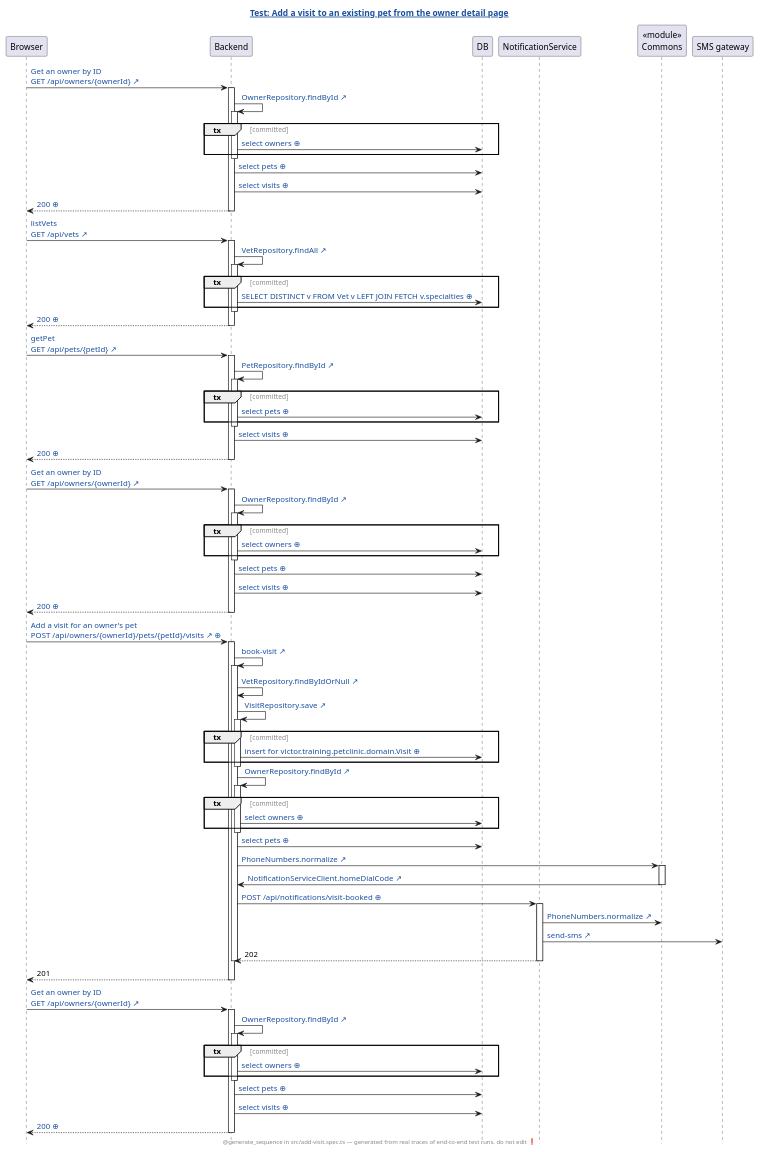
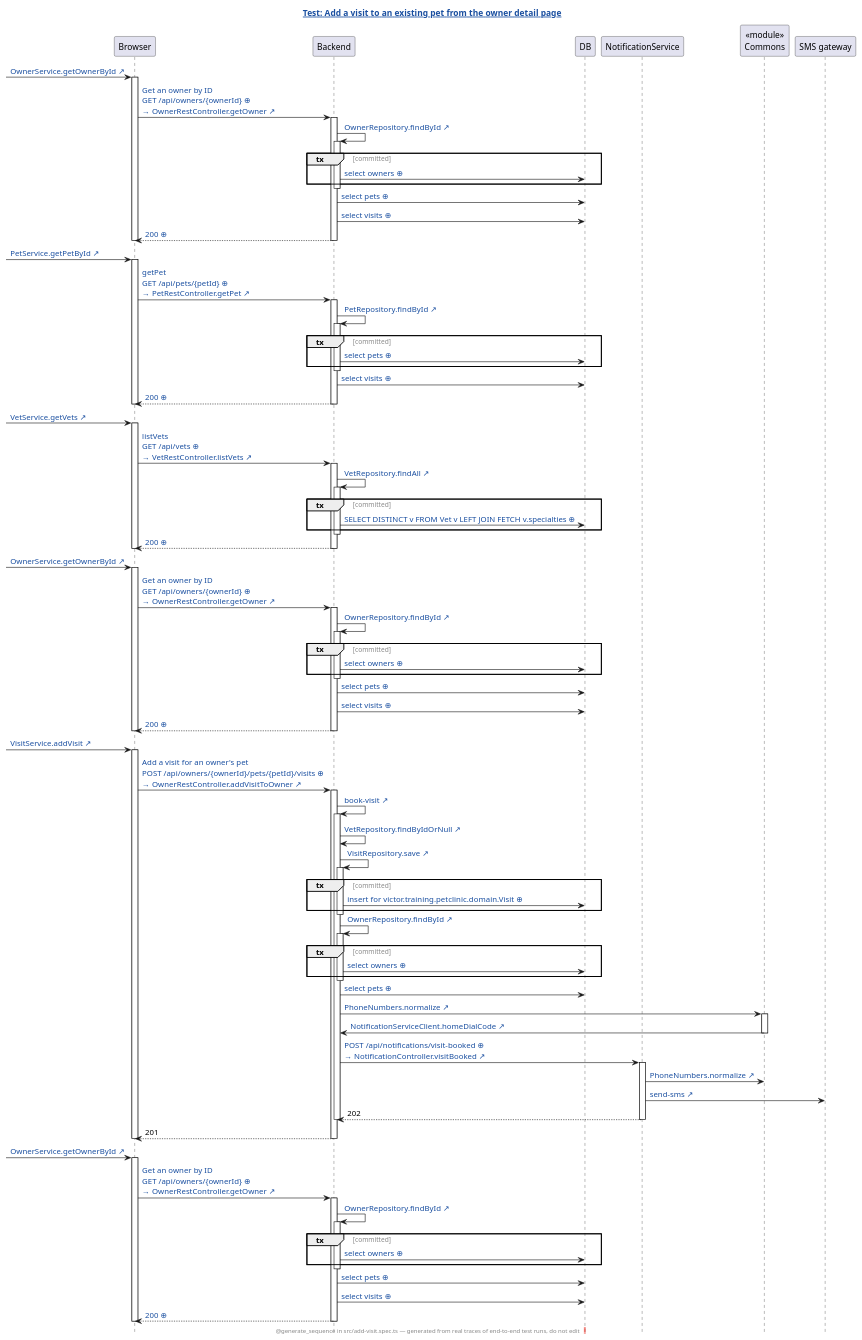
The diagram in petclinic-test/generated/add-visit.spec.ts.add-a-visit-to-an-existing-pet-from-the-owner-detail-page.genseq.puml (victorrentea/petclinic), drawn with PlantUML before and after one commit. The commit also changed 3 other files, not shown here.

First line of the commit message:
Regenerate the browser sequence diagrams: the Angular method a request starts in, the request as sent, its controller on a third line

```diff
--- a/petclinic-test/generated/add-visit.spec.ts.add-a-visit-to-an-existing-pet-from-the-owner-detail-page.genseq.puml
+++ b/petclinic-test/generated/add-visit.spec.ts.add-a-visit-to-an-existing-pet-from-the-owner-detail-page.genseq.puml
@@ -1,104 +1,122 @@
 @startuml
 ' ⚠️  GENERATED FILE — DO NOT EDIT. Every edit is lost on the next run.
 hide footbox
 skinparam hyperlinkUnderline false
 skinparam hyperlinkColor #1A4FA0
 skinparam sequenceGroupFontColor #888888
 skinparam sequenceGroupFontStyle plain
 title [[src://petclinic-test/src/add-visit.spec.ts:34{Click to open the test} Test: Add a visit to an existing pet from the owner detail page]]
 footer @generate_sequence in src/add-visit.spec.ts — generated from real traces of end-to-end test runs, do not edit ❗
 participant Browser
 participant Backend
 participant DB
 participant NotificationService
 participant "«module»\nCommons" as Commons
 participant "SMS gateway"
-Browser -> Backend: [[src://petclinic-frontend/src/app/owners/owner-detail/owner-detail.component.ts:22{Click to open the line that sent this request: owner-detail.component.ts:22} Get an owner by ID\nGET /api/owners/{ownerId} ↗]]
+[-> Browser: [[src://petclinic-frontend/src/app/owners/owner-detail/owner-detail.component.ts:22{Click to open the line that sent this request: owner-detail.component.ts:22} OwnerService.getOwnerById ↗]]
+activate Browser
+Browser -> Backend: [[genseq://18jo62a{Click for the request as it was sent} Get an owner by ID\nGET /api/owners/{ownerId} ⊕]]\n[[src://petclinic-backend/src/main/java/victor/training/petclinic/rest/OwnerRestController.java:113{Click to open OwnerRestController.getOwner} → OwnerRestController.getOwner ↗]]
 activate Backend
 Backend -> Backend: [[src://petclinic-backend/src/main/java/victor/training/petclinic/repository/OwnerRepository.java:14{Click to open OwnerRepository.findById} OwnerRepository.findById ↗]]
 activate Backend
 group tx [committed]
 Backend -> DB: [[genseq://0x8aana{Click for the statement behind this call} select owners ⊕]]
 end
 deactivate Backend
 Backend -> DB: [[genseq://18567ho{Click for the statement behind this call} select pets ⊕]]
 Backend -> DB: [[genseq://1eq1h2q{Click for the statement behind this call} select visits ⊕]]
 Backend --> Browser: [[genseq://1bhasc1{Click for this call’s JSON body} 200 ⊕]]
 deactivate Backend
-Browser -> Backend: [[src://petclinic-frontend/src/app/visits/visit-add/visit-add.component.ts:46{Click to open the line that sent this request: visit-add.component.ts:46} listVets\nGET /api/vets ↗]]
-activate Backend
-Backend -> Backend: [[src://petclinic-backend/src/main/java/victor/training/petclinic/repository/VetRepository.java:13{Click to open VetRepository.findAll} VetRepository.findAll ↗]]
-activate Backend
-group tx [committed]
-Backend -> DB: [[genseq://0p6yxbc{Click for the statement behind this call} SELECT DISTINCT v FROM Vet v LEFT JOIN FETCH v.specialties ⊕]]
-end
-deactivate Backend
-Backend --> Browser: [[genseq://1nmg2oo{Click for this call’s JSON body} 200 ⊕]]
-deactivate Backend
-Browser -> Backend: [[src://petclinic-frontend/src/app/visits/visit-add/visit-add.component.ts:48{Click to open the line that sent this request: visit-add.component.ts:48} getPet\nGET /api/pets/{petId} ↗]]
+deactivate Browser
+[-> Browser: [[src://petclinic-frontend/src/app/visits/visit-add/visit-add.component.ts:48{Click to open the line that sent this request: visit-add.component.ts:48} PetService.getPetById ↗]]
+activate Browser
+Browser -> Backend: [[genseq://05e03mm{Click for the request as it was sent} getPet\nGET /api/pets/{petId} ⊕]]\n[[src://petclinic-backend/src/main/java/victor/training/petclinic/rest/PetRestController.java:33{Click to open PetRestController.getPet} → PetRestController.getPet ↗]]
 activate Backend
 Backend -> Backend: [[src://petclinic-backend/src/main/java/victor/training/petclinic/repository/PetRepository.java:16{Click to open PetRepository.findById} PetRepository.findById ↗]]
 activate Backend
 group tx [committed]
 Backend -> DB: [[genseq://0y7w2ps{Click for the statement behind this call} select pets ⊕]]
 end
 deactivate Backend
 Backend -> DB: [[genseq://1eq1h2q{Click for the statement behind this call} select visits ⊕]]
 Backend --> Browser: [[genseq://0n1gsl8{Click for this call’s JSON body} 200 ⊕]]
 deactivate Backend
-Browser -> Backend: [[src://petclinic-frontend/src/app/visits/visit-add/visit-add.component.ts:53{Click to open the line that sent this request: visit-add.component.ts:53} Get an owner by ID\nGET /api/owners/{ownerId} ↗]]
+deactivate Browser
+[-> Browser: [[src://petclinic-frontend/src/app/visits/visit-add/visit-add.component.ts:46{Click to open the line that sent this request: visit-add.component.ts:46} VetService.getVets ↗]]
+activate Browser
+Browser -> Backend: [[genseq://18kpp45{Click for the request as it was sent} listVets\nGET /api/vets ⊕]]\n[[src://petclinic-backend/src/main/java/victor/training/petclinic/rest/VetRestController.java:53{Click to open VetRestController.listVets} → VetRestController.listVets ↗]]
+activate Backend
+Backend -> Backend: [[src://petclinic-backend/src/main/java/victor/training/petclinic/repository/VetRepository.java:13{Click to open VetRepository.findAll} VetRepository.findAll ↗]]
+activate Backend
+group tx [committed]
+Backend -> DB: [[genseq://0p6yxbc{Click for the statement behind this call} SELECT DISTINCT v FROM Vet v LEFT JOIN FETCH v.specialties ⊕]]
+end
+deactivate Backend
+Backend --> Browser: [[genseq://1nmg2oo{Click for this call’s JSON body} 200 ⊕]]
+deactivate Backend
+deactivate Browser
+[-> Browser: [[src://petclinic-frontend/src/app/visits/visit-add/visit-add.component.ts:53{Click to open the line that sent this request: visit-add.component.ts:53} OwnerService.getOwnerById ↗]]
+activate Browser
+Browser -> Backend: [[genseq://18jo62a{Click for the request as it was sent} Get an owner by ID\nGET /api/owners/{ownerId} ⊕]]\n[[src://petclinic-backend/src/main/java/victor/training/petclinic/rest/OwnerRestController.java:113{Click to open OwnerRestController.getOwner} → OwnerRestController.getOwner ↗]]
 activate Backend
 Backend -> Backend: [[src://petclinic-backend/src/main/java/victor/training/petclinic/repository/OwnerRepository.java:14{Click to open OwnerRepository.findById} OwnerRepository.findById ↗]]
 activate Backend
 group tx [committed]
 Backend -> DB: [[genseq://0x8aana{Click for the statement behind this call} select owners ⊕]]
 end
 deactivate Backend
 Backend -> DB: [[genseq://18567ho{Click for the statement behind this call} select pets ⊕]]
 Backend -> DB: [[genseq://1eq1h2q{Click for the statement behind this call} select visits ⊕]]
 Backend --> Browser: [[genseq://1bhasc1{Click for this call’s JSON body} 200 ⊕]]
 deactivate Backend
-Browser -> Backend: [[src://petclinic-frontend/src/app/visits/visit-add/visit-add.component.ts:69{Click to open the line that sent this request: visit-add.component.ts:69 ← visit-add.component.html:25} Add a visit for an owner's pet\nPOST /api/owners/{ownerId}/pets/{petId}/visits ↗]] [[genseq://0owbiij{Click for this call’s JSON body} ⊕]]
+deactivate Browser
+[-> Browser: [[src://petclinic-frontend/src/app/visits/visit-add/visit-add.component.ts:69{Click to open the line that sent this request: visit-add.component.ts:69 ← visit-add.component.html:25} VisitService.addVisit ↗]]
+activate Browser
+Browser -> Backend: [[genseq://0jfza5n{Click for the request as it was sent} Add a visit for an owner's pet\nPOST /api/owners/{ownerId}/pets/{petId}/visits ⊕]]\n[[src://petclinic-backend/src/main/java/victor/training/petclinic/rest/OwnerRestController.java:177{Click to open OwnerRestController.addVisitToOwner} → OwnerRestController.addVisitToOwner ↗]]
 activate Backend
 Backend -> Backend: [[src://petclinic-backend/src/main/java/victor/training/petclinic/rest/OwnerRestController.java:193{Click to open OwnerRestController.bookVisit} book-visit ↗]]
 activate Backend
 Backend -> Backend: [[src://petclinic-backend/src/main/java/victor/training/petclinic/repository/VetRepository.java:19{Click to open VetRepository.findByIdOrNull} VetRepository.findByIdOrNull ↗]]
 Backend -> Backend: [[src://petclinic-backend/src/main/java/victor/training/petclinic/repository/VisitRepository.java:14{Click to open VisitRepository.save} VisitRepository.save ↗]]
 activate Backend
 group tx [committed]
-Backend -> DB: [[genseq://07at2sw{Click for the statement behind this call} insert for victor.training.petclinic.domain.Visit ⊕]]
+Backend -> DB: [[genseq://14g6ded{Click for the statement behind this call} insert for victor.training.petclinic.domain.Visit ⊕]]
 end
 deactivate Backend
 Backend -> Backend: [[src://petclinic-backend/src/main/java/victor/training/petclinic/repository/OwnerRepository.java:14{Click to open OwnerRepository.findById} OwnerRepository.findById ↗]]
 activate Backend
 group tx [committed]
 Backend -> DB: [[genseq://0x8aana{Click for the statement behind this call} select owners ⊕]]
 end
 deactivate Backend
 Backend -> DB: [[genseq://18567ho{Click for the statement behind this call} select pets ⊕]]
 Backend -> Commons: [[src://petclinic-commons/src/main/java/victor/training/commons/PhoneNumbers.java:14{Click to open PhoneNumbers.normalize} PhoneNumbers.normalize ↗]]
 activate Commons
 Commons -> Backend: [[src://petclinic-backend/src/main/java/victor/training/petclinic/notification/NotificationServiceClient.java:45{Click to open NotificationServiceClient.homeDialCode} NotificationServiceClient.homeDialCode ↗]]
 deactivate Commons
-Backend -> NotificationService: [[genseq://1p4ogm5{Click for this call’s JSON body} POST /api/notifications/visit-booked ⊕]]
+Backend -> NotificationService: [[genseq://00gfug0{Click for the request as it was sent} POST /api/notifications/visit-booked ⊕]]\n[[src://notification-service/src/main/java/victor/training/notification/NotificationController.java:21{Click to open NotificationController.visitBooked} → NotificationController.visitBooked ↗]]
 activate NotificationService
 NotificationService -> Commons: [[src://petclinic-commons/src/main/java/victor/training/commons/PhoneNumbers.java:8{Click to open PhoneNumbers.normalize} PhoneNumbers.normalize ↗]]
 NotificationService -> "SMS gateway": [[src://notification-service/src/main/java/victor/training/notification/SmsGateway.java:23{Click to open SmsGateway.send} send-sms ↗]]
 NotificationService --> Backend: 202
 deactivate NotificationService
 deactivate Backend
 Backend --> Browser: 201
 deactivate Backend
-Browser -> Backend: [[src://petclinic-frontend/src/app/owners/owner-detail/owner-detail.component.ts:22{Click to open the line that sent this request: owner-detail.component.ts:22} Get an owner by ID\nGET /api/owners/{ownerId} ↗]]
+deactivate Browser
+[-> Browser: [[src://petclinic-frontend/src/app/owners/owner-detail/owner-detail.component.ts:22{Click to open the line that sent this request: owner-detail.component.ts:22} OwnerService.getOwnerById ↗]]
+activate Browser
+Browser -> Backend: [[genseq://18jo62a{Click for the request as it was sent} Get an owner by ID\nGET /api/owners/{ownerId} ⊕]]\n[[src://petclinic-backend/src/main/java/victor/training/petclinic/rest/OwnerRestController.java:113{Click to open OwnerRestController.getOwner} → OwnerRestController.getOwner ↗]]
 activate Backend
 Backend -> Backend: [[src://petclinic-backend/src/main/java/victor/training/petclinic/repository/OwnerRepository.java:14{Click to open OwnerRepository.findById} OwnerRepository.findById ↗]]
 activate Backend
 group tx [committed]
 Backend -> DB: [[genseq://0x8aana{Click for the statement behind this call} select owners ⊕]]
 end
 deactivate Backend
 Backend -> DB: [[genseq://18567ho{Click for the statement behind this call} select pets ⊕]]
 Backend -> DB: [[genseq://1eq1h2q{Click for the statement behind this call} select visits ⊕]]
-Backend --> Browser: [[genseq://1s8fein{Click for this call’s JSON body} 200 ⊕]]
+Backend --> Browser: [[genseq://11tdoe4{Click for this call’s JSON body} 200 ⊕]]
 deactivate Backend
+deactivate Browser
 @enduml
```
